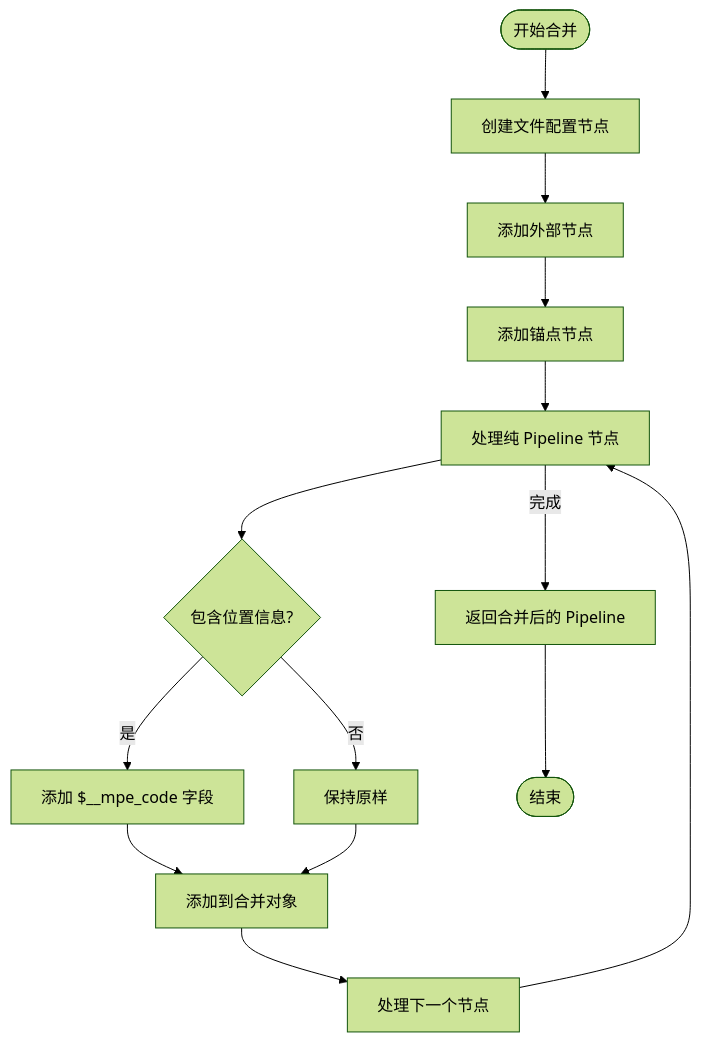
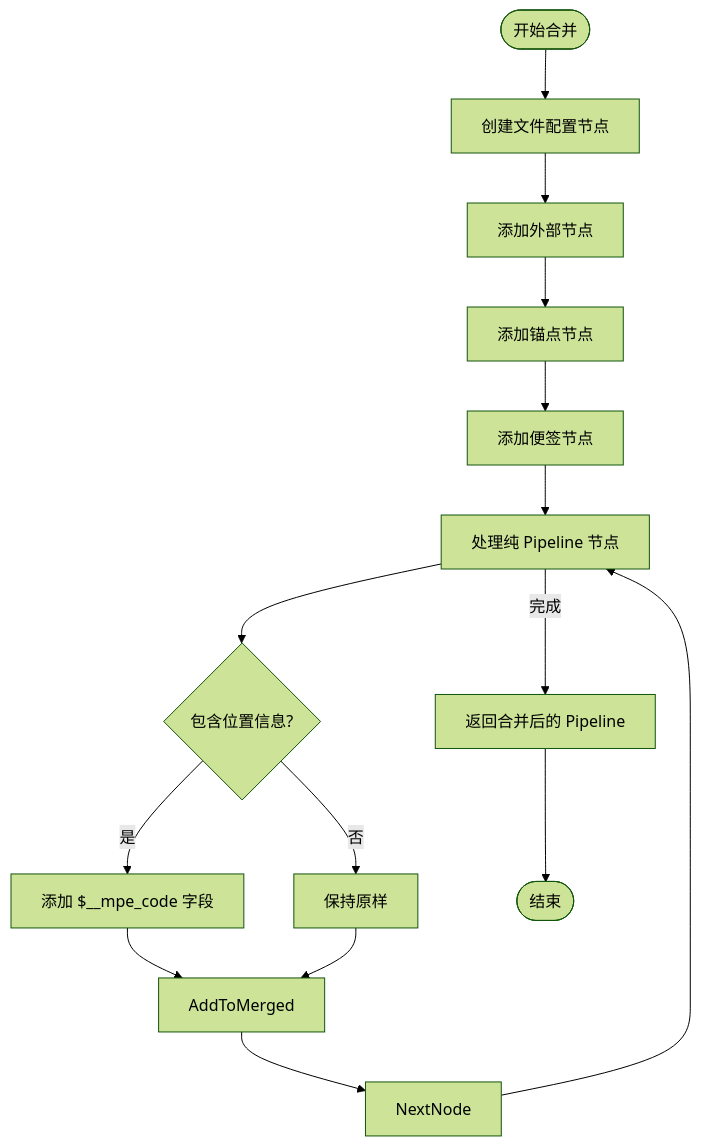
Before and after one commit to kqcoxn/MaaPipelineEditor: the third of 5 diagrams in .qoder/repowiki/zh/content/特性/解析器/配置分割与合并.md, drawn with Mermaid (forest theme). The commit also changed other lines of this file and 6 other files, not shown here.

````diff
--- a/.qoder/repowiki/zh/content/特性/解析器/配置分割与合并.md
+++ b/.qoder/repowiki/zh/content/特性/解析器/配置分割与合并.md
@@ -145,16 +171,17 @@
 ```mermaid
 flowchart TD
 Start([开始合并]) --> CreateFileConfig["创建文件配置节点"]
 CreateFileConfig --> AddExternalNodes["添加外部节点"]
 AddExternalNodes --> AddAnchorNodes["添加锚点节点"]
-AddAnchorNodes --> ProcessPipeline["处理纯 Pipeline 节点"]
+AddAnchorNodes --> AddStickerNodes["添加便签节点"]
+AddStickerNodes --> ProcessPipeline["处理纯 Pipeline 节点"]
 ProcessPipeline --> HasPosition{"包含位置信息?"}
 HasPosition --> |是| AddConfigMark["添加 $__mpe_code 字段"]
 HasPosition --> |否| KeepAsIs["保持原样"]
 AddConfigMark --> AddToMerged
 KeepAsIs --> AddToMerged
-AddToMerged["添加到合并对象"] --> NextNode
-NextNode["处理下一个节点"] --> ProcessPipeline
+AddToMerged --> NextNode
+NextNode --> ProcessPipeline
 ProcessPipeline --> |完成| ReturnMerged["返回合并后的 Pipeline"]
 ReturnMerged --> End([结束])
 ```
````
